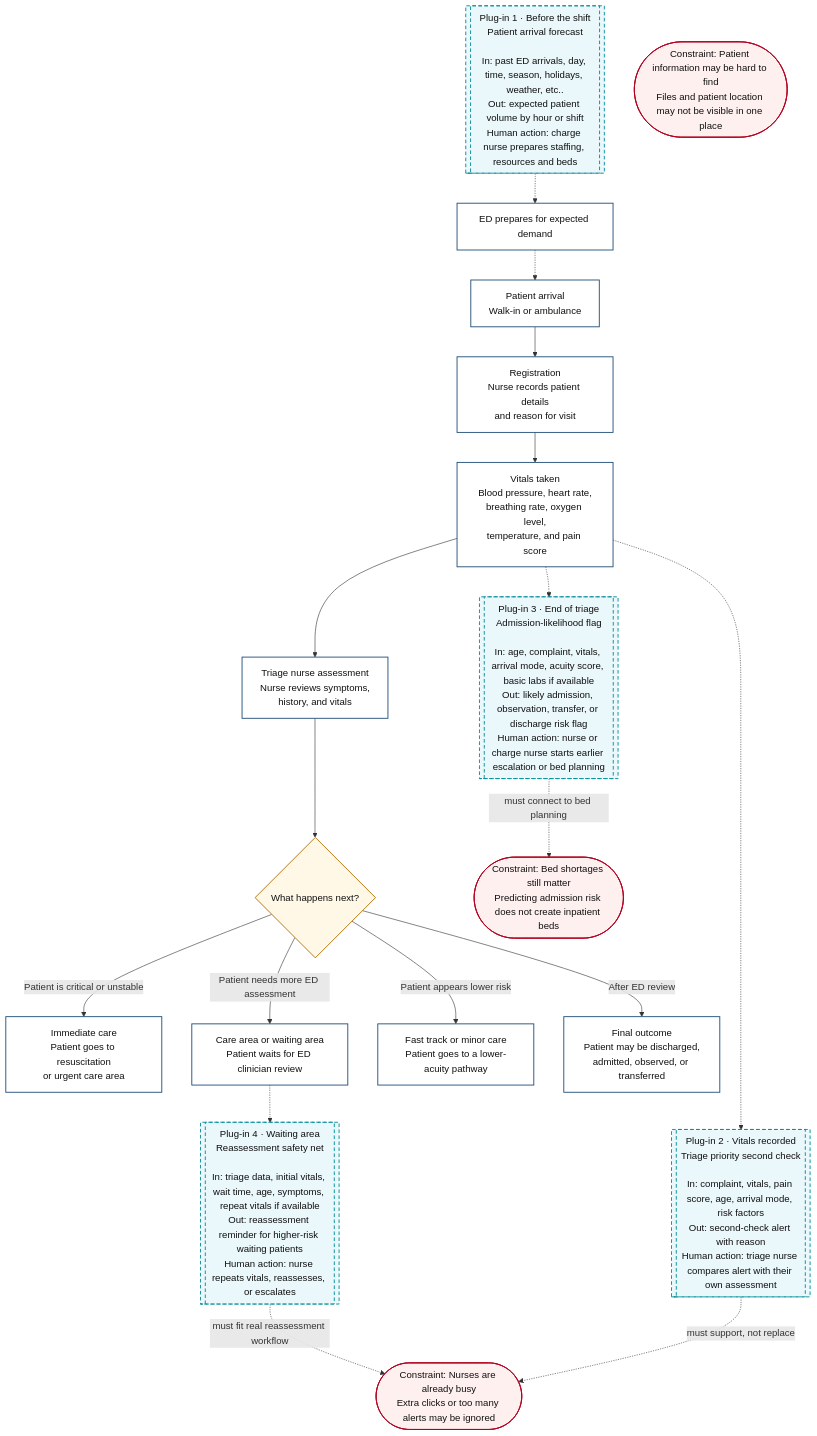
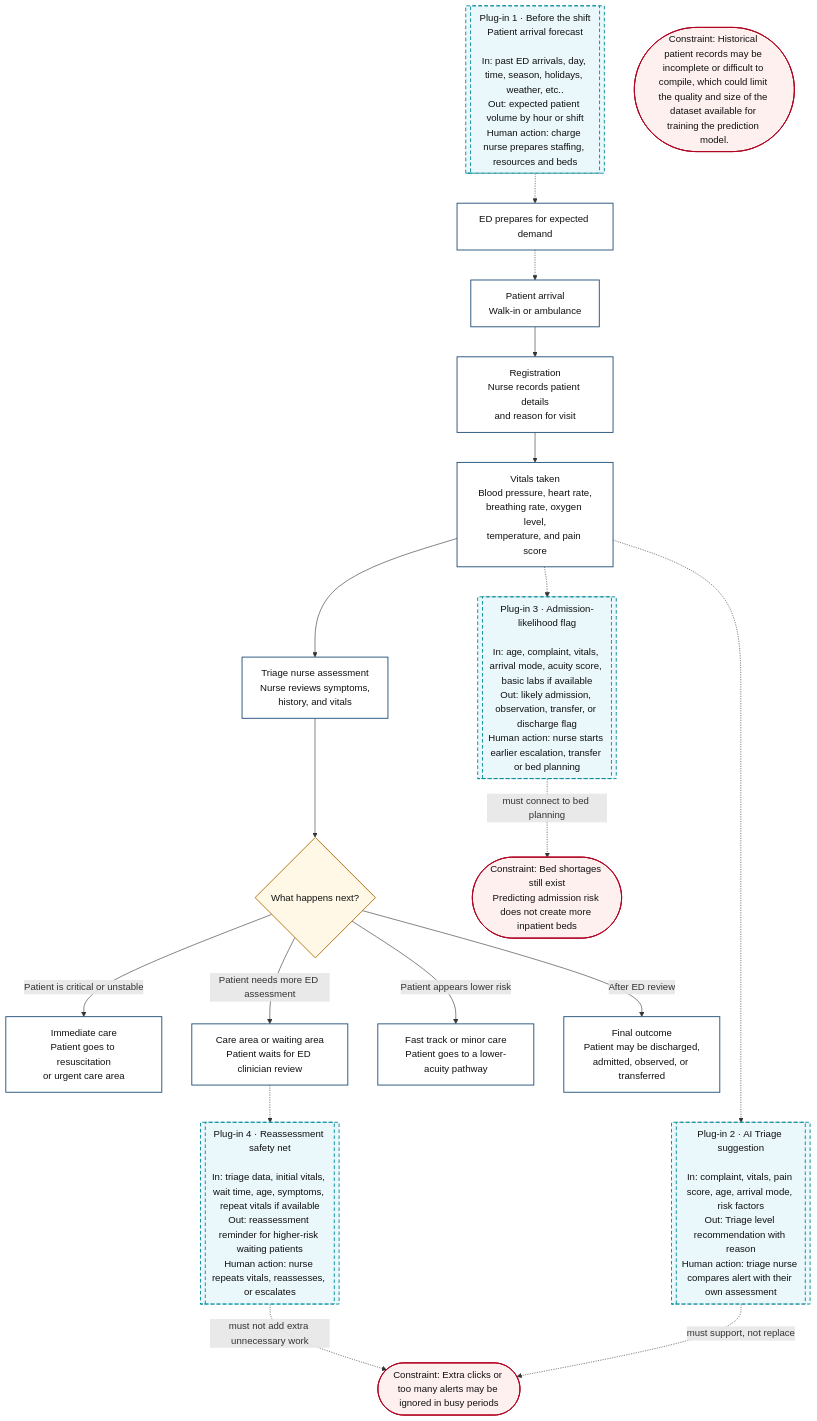
The diagram in docs/week_3_workflow.md (tinadams/carisurg-portfolio), drawn with Mermaid before and after one commit.

Commit message:
Update AI plug-in descriptions and constraints

````diff
--- a/docs/week_3_workflow.md
+++ b/docs/week_3_workflow.md
@@ -1,55 +1,55 @@
 ```mermaid
 flowchart TD
 
 A[Patient arrival<br/>Walk-in or ambulance] --> B[Registration<br/>Nurse records patient details<br/>and reason for visit]
 
 B --> C[Vitals taken<br/>Blood pressure, heart rate,<br/>breathing rate, oxygen level,<br/>temperature, and pain score]
 
 C --> D[Triage nurse assessment<br/>Nurse reviews symptoms,<br/>history, and vitals]
 
 D --> E{What happens next?}
 
 E -->|Patient is critical or unstable| F[Immediate care<br/>Patient goes to resuscitation<br/>or urgent care area]
 
 E -->|Patient needs more ED assessment| G[Care area or waiting area<br/>Patient waits for ED clinician review]
 
 E -->|Patient appears lower risk| H[Fast track or minor care<br/>Patient goes to a lower-acuity pathway]
 
 E -->|After ED review| I[Final outcome<br/>Patient may be discharged,<br/>admitted, observed, or transferred]
 
 AI1[[Plug-in 1 · Before the shift<br/>Patient arrival forecast<br/><br/>In: past ED arrivals, day, time, season, holidays, weather, etc..<br/>Out: expected patient volume by hour or shift<br/>Human action: charge nurse prepares staffing, resources and beds]]
 
-AI2[[Plug-in 2 · Vitals recorded<br/>Triage priority second check<br/><br/>In: complaint, vitals, pain score, age, arrival mode, risk factors<br/>Out: second-check alert with reason<br/>Human action: triage nurse compares alert with their own assessment]]
+AI2[[Plug-in 2 · AI Triage suggestion<br/><br/>In: complaint, vitals, pain score, age, arrival mode, risk factors<br/>Out: Triage level recommendation with reason<br/>Human action: triage nurse compares alert with their own assessment]]
 
-AI3[[Plug-in 3 · End of triage<br/>Admission-likelihood flag<br/><br/>In: age, complaint, vitals, arrival mode, acuity score, basic labs if available<br/>Out: likely admission, observation, transfer, or discharge risk flag<br/>Human action: nurse or charge nurse starts earlier escalation or bed planning]]
+AI3[[Plug-in 3 · Admission-likelihood flag<br/><br/>In: age, complaint, vitals, arrival mode, acuity score, basic labs if available<br/>Out: likely admission, observation, transfer, or discharge flag<br/>Human action: nurse starts earlier escalation, transfer or bed planning]]
 
-AI4[[Plug-in 4 · Waiting area<br/>Reassessment safety net<br/><br/>In: triage data, initial vitals, wait time, age, symptoms, repeat vitals if available<br/>Out: reassessment reminder for higher-risk waiting patients<br/>Human action: nurse repeats vitals, reassesses, or escalates]]
+AI4[[Plug-in 4 · Reassessment safety net<br/><br/>In: triage data, initial vitals, wait time, age, symptoms, repeat vitals if available<br/>Out: reassessment reminder for higher-risk waiting patients<br/>Human action: nurse repeats vitals, reassesses, or escalates]]
 
 PRE[ED prepares for expected demand]
 
 AI1 -.-> PRE
 PRE -.-> A
 C -.-> AI3
 C -.-> AI2
 G -.-> AI4
 
-C1([Constraint: Patient information may be hard to find<br/>Files and patient location may not be visible in one place])
+C1([Constraint: Historical patient records may be incomplete or difficult to compile, which could limit the quality and size of the dataset available for training the prediction model.])
 
-C2([Constraint: Nurses are already busy<br/>Extra clicks or too many alerts may be ignored])
+C2([Constraint: Extra clicks or too many alerts may be ignored in busy periods])
 
-C3([Constraint: Bed shortages still matter<br/>Predicting admission risk does not create inpatient beds])
+C3([Constraint: Bed shortages still exist<br/>Predicting admission risk does not create more inpatient beds])
 
 AI2 -. must support, not replace .-> C2
 AI3 -. must connect to bed planning .-> C3
-AI4 -. must fit real reassessment workflow .-> C2
+AI4 -. must not add extra unnecessary work.-> C2
 
 classDef process fill:#ffffff,stroke:#1f4e79,stroke-width:1.5px,color:#111;
 classDef decision fill:#fff8e6,stroke:#b36b00,stroke-width:1.5px,color:#111;
 classDef ai fill:#eaf7fb,stroke:#008c99,stroke-width:1.5px,stroke-dasharray: 6 4,color:#111;
 classDef constraint fill:#fff0f0,stroke:#b00020,stroke-width:1.5px,color:#111;
 
 class A,B,C,D,F,G,H,I,PRE process;
 class E decision;
 class AI1,AI2,AI3,AI4 ai;
 class C1,C2,C3 constraint;
 ```
````
